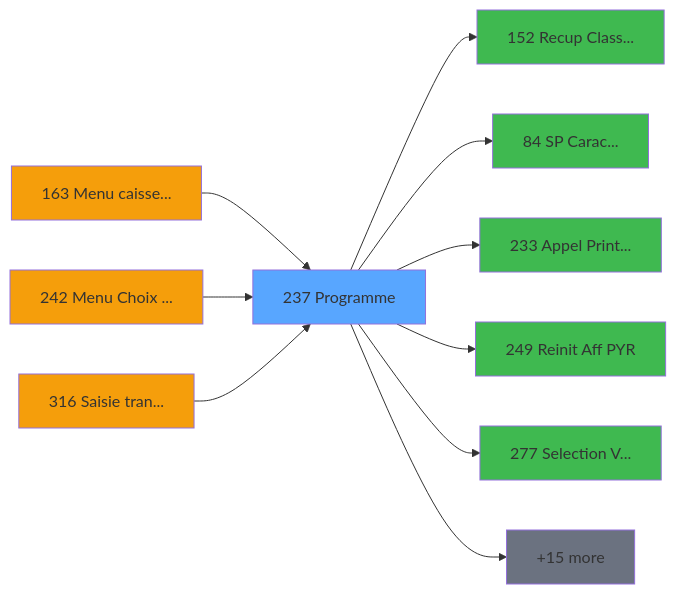
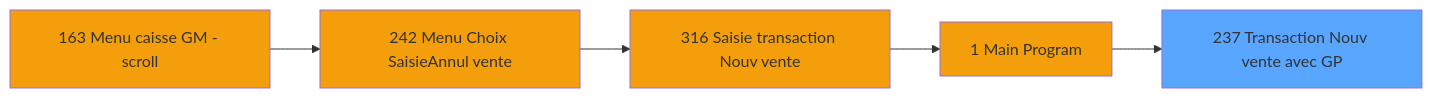
Before and after one commit to thonyAGP/magic-migration: the second of 3 diagrams in .openspec/specs/ADH-IDE-237.md, drawn with Mermaid. The commit also changed other lines of this file and 26 other files, not shown here.

````diff
--- a/.openspec/specs/ADH-IDE-237.md
+++ b/.openspec/specs/ADH-IDE-237.md
@@ -385,32 +913,17 @@
 ```mermaid
 graph LR
-    T237[237 Programme]
+    T237[237 Transaction Nouv vente avec GP]
     style T237 fill:#58a6ff
-    CALLER163[163 Menu caisse...]
-    CALLER163 --> T237
-    style CALLER163 fill:#f59e0b
-    CALLER242[242 Menu Choix ...]
-    CALLER242 --> T237
-    style CALLER242 fill:#f59e0b
-    CALLER316[316 Saisie tran...]
-    CALLER316 --> T237
-    style CALLER316 fill:#f59e0b
-    CALLEE152[152 Recup Class...]
-    T237 --> CALLEE152
-    style CALLEE152 fill:#3fb950
-    CALLEE84[84     SP Carac...]
-    T237 --> CALLEE84
-    style CALLEE84 fill:#3fb950
-    CALLEE233[233 Appel Print...]
-    T237 --> CALLEE233
-    style CALLEE233 fill:#3fb950
-    CALLEE249[249 Reinit Aff PYR]
-    T237 --> CALLEE249
-    style CALLEE249 fill:#3fb950
-    CALLEE277[277 Selection V...]
-    T237 --> CALLEE277
-    style CALLEE277 fill:#3fb950
-    MORE[+15 more]
-    T237 --> MORE
-    style MORE fill:#6b7280
+    CC163[163 Menu caisse GM - scroll]
+    style CC163 fill:#f59e0b
+    CC242[242 Menu Choix SaisieAnnul vente]
+    style CC242 fill:#f59e0b
+    CC163 --> CC242
+    CC316[316 Saisie transaction Nouv vente]
+    style CC316 fill:#f59e0b
+    CC242 --> CC316
+    CC1[1 Main Program]
+    style CC1 fill:#f59e0b
+    CC316 --> CC1
+    CC1 --> T237
 ```
````
